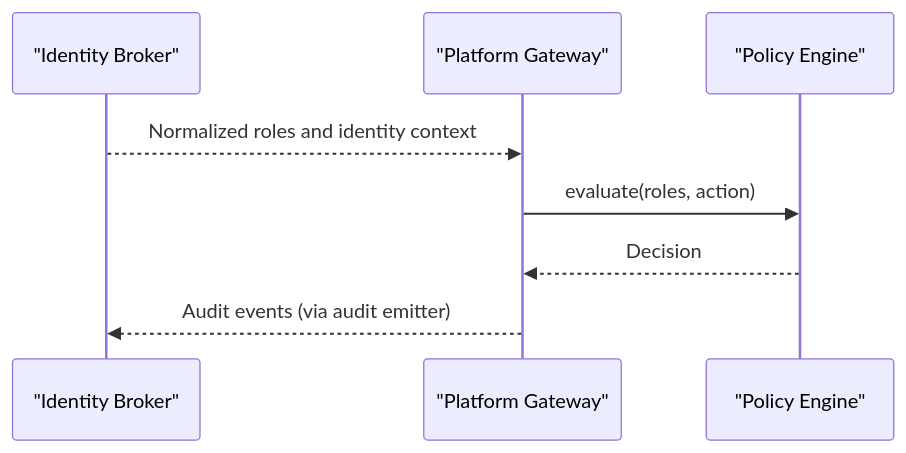
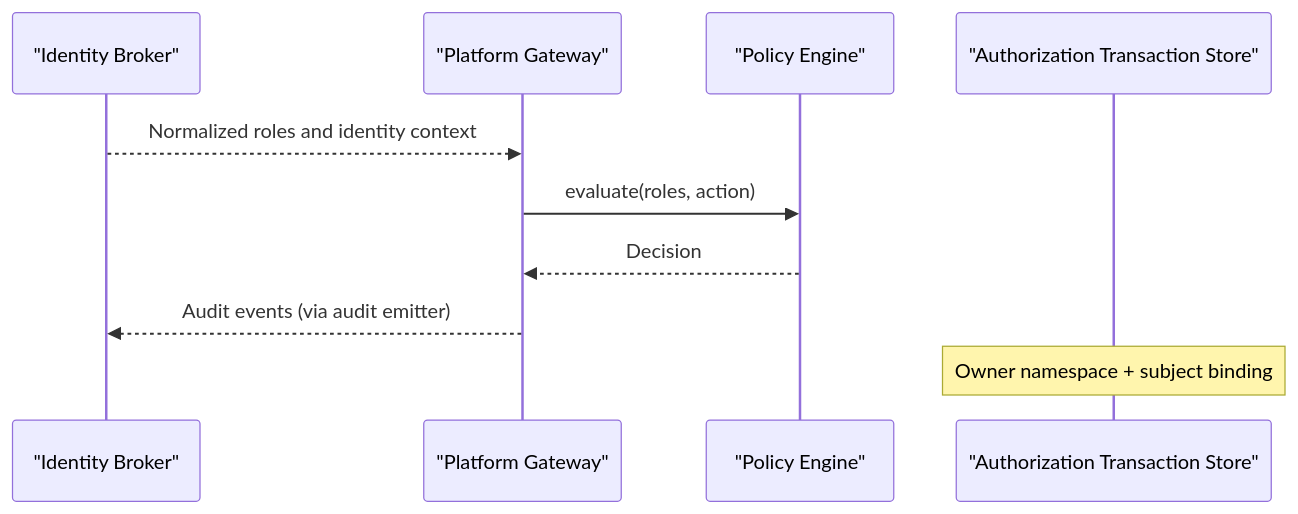
The ninth of 12 diagrams in .qoder/repowiki/en/content/Core Services/Platform Gateway/Policy Engine and Authorization.md (metasync/luban-aiops), drawn with Mermaid before and after one commit. The commit also changed other lines of this file and 215 other files, not shown here.

````diff
--- a/.qoder/repowiki/en/content/Core Services/Platform Gateway/Policy Engine and Authorization.md
+++ b/.qoder/repowiki/en/content/Core Services/Platform Gateway/Policy Engine and Authorization.md
@@ -238,10 +393,12 @@
 ```mermaid
 sequenceDiagram
 participant IdP as "Identity Broker"
 participant PGW as "Platform Gateway"
 participant PE as "Policy Engine"
+participant ATX as "Authorization Transaction Store"
 IdP-->>PGW : Normalized roles and identity context
 PGW->>PE : evaluate(roles, action)
 PE-->>PGW : Decision
 PGW-->>IdP : Audit events (via audit emitter)
+Note over ATX : Owner namespace + subject binding
 ```
````
